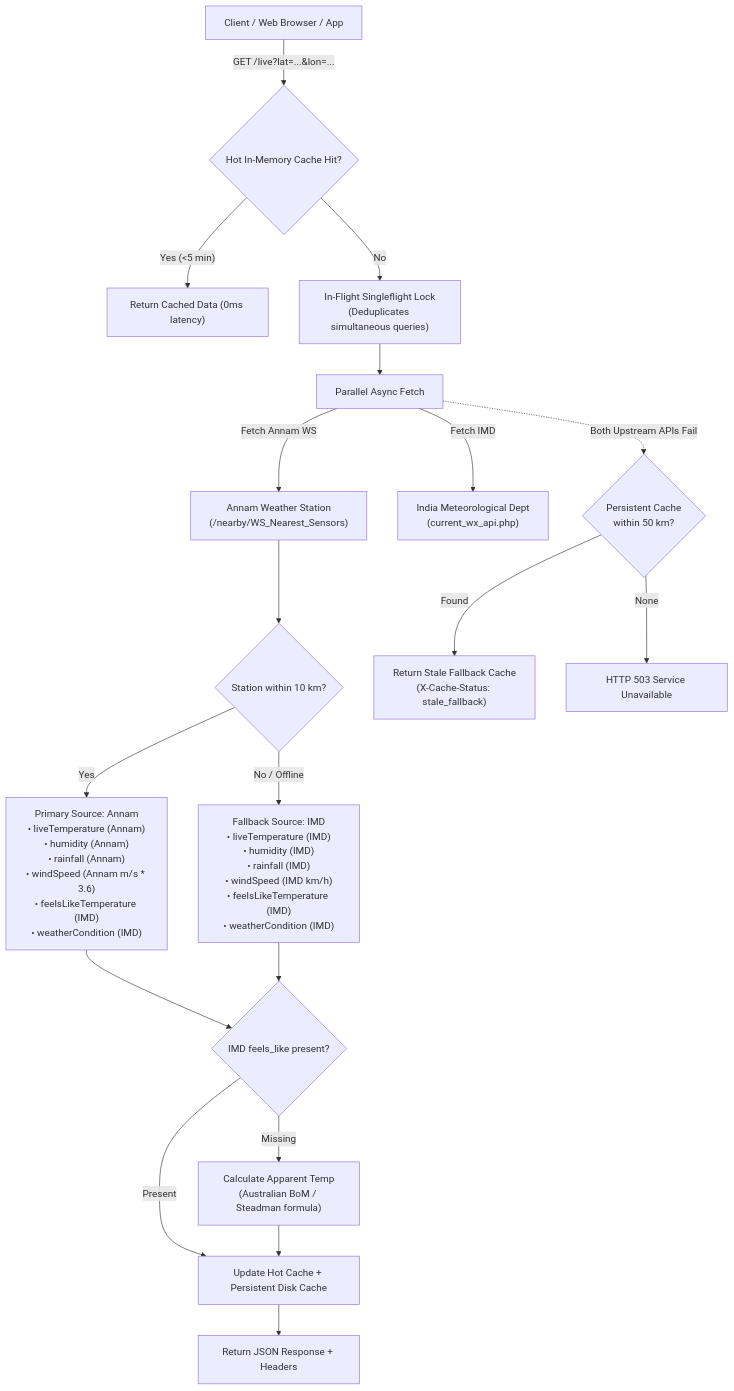
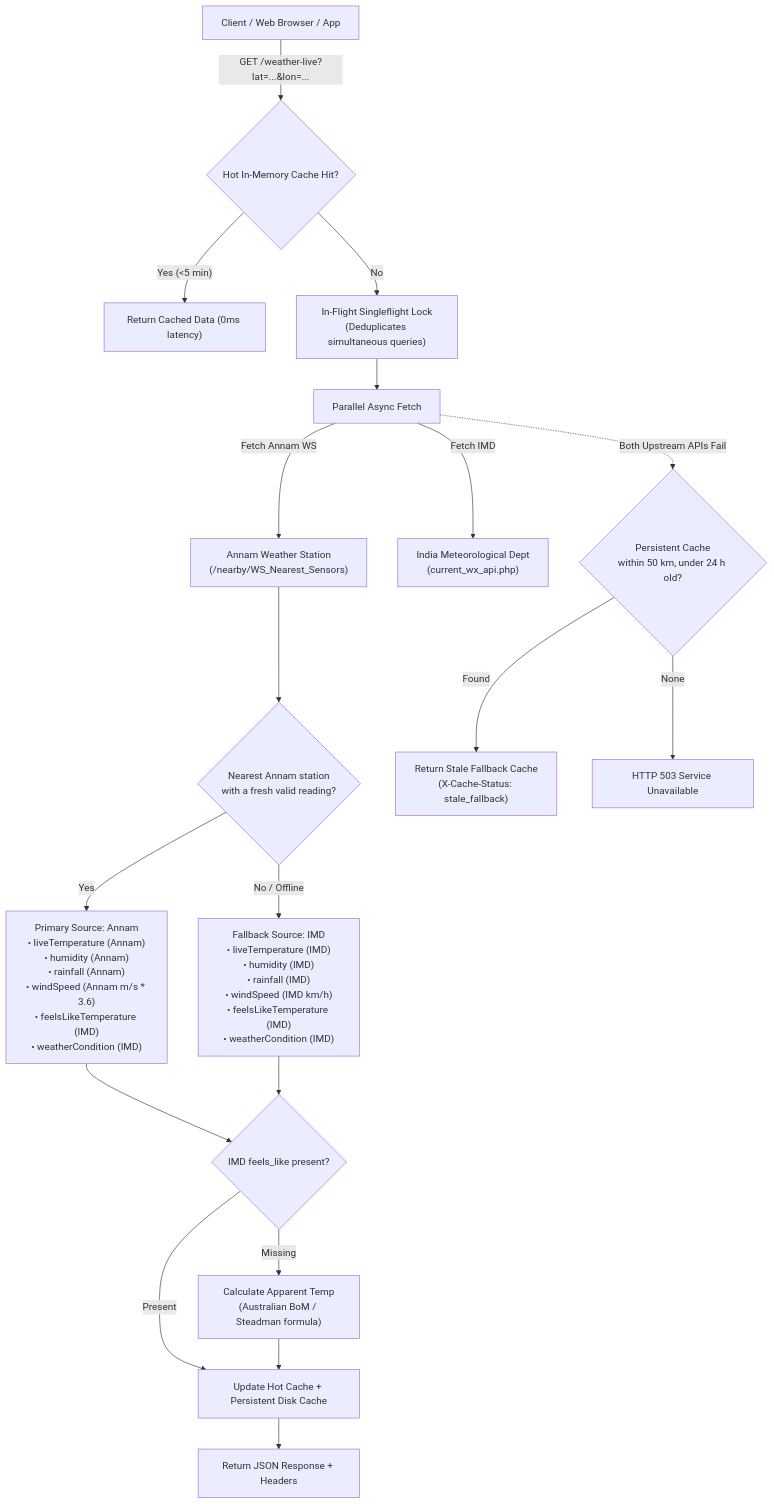
One commit to vicharanashala/ajrasakha changed the diagram in apis/weather_apis/README.md. Above: the diagram before and after it, drawn with Mermaid. The commit also changed other lines of this file and 17 other files, not shown here.

First line of the commit message:
Feat/kishar/weather live api endpoints v3 (#1590)

````diff
--- a/apis/weather_apis/README.md
+++ b/apis/weather_apis/README.md
@@ -30,29 +30,29 @@
 ```mermaid
 flowchart TD
-    Client["Client / Web Browser / App"] -->|"GET /live?lat=...&lon=..."| CacheCheck{"Hot In-Memory Cache Hit?"}
+    Client["Client / Web Browser / App"] -->|"GET /weather-live?lat=...&lon=..."| CacheCheck{"Hot In-Memory Cache Hit?"}
     
     CacheCheck -- "Yes (<5 min)" --> ReturnCache["Return Cached Data (0ms latency)"]
     CacheCheck -- "No" --> InFlightLock["In-Flight Singleflight Lock\n(Deduplicates simultaneous queries)"]
     
     InFlightLock --> ParallelFetch["Parallel Async Fetch"]
     ParallelFetch -->|"Fetch Annam WS"| AnnamAPI["Annam Weather Station\n(/nearby/WS_Nearest_Sensors)"]
     ParallelFetch -->|"Fetch IMD"| ImdAPI["India Meteorological Dept\n(current_wx_api.php)"]
     
-    AnnamAPI --> AnnamCheck{"Station within 10 km?"}
+    AnnamAPI --> AnnamCheck{"Nearest Annam station\nwith a fresh valid reading?"}
     
     AnnamCheck -- "Yes" --> CombineAnnam["Primary Source: Annam\n• liveTemperature (Annam)\n• humidity (Annam)\n• rainfall (Annam)\n• windSpeed (Annam m/s * 3.6)\n• feelsLikeTemperature (IMD)\n• weatherCondition (IMD)"]
     AnnamCheck -- "No / Offline" --> CombineIMD["Fallback Source: IMD\n• liveTemperature (IMD)\n• humidity (IMD)\n• rainfall (IMD)\n• windSpeed (IMD km/h)\n• feelsLikeTemperature (IMD)\n• weatherCondition (IMD)"]
     
     CombineAnnam --> ApparentCheck{"IMD feels_like present?"}
     CombineIMD --> ApparentCheck
     
     ApparentCheck -- "Missing" --> CalcApparent["Calculate Apparent Temp\n(Australian BoM / Steadman formula)"]
     ApparentCheck -- "Present" --> SaveCache["Update Hot Cache + Persistent Disk Cache"]
     CalcApparent --> SaveCache
     
     SaveCache --> ReturnResponse["Return JSON Response + Headers"]
     
-    ParallelFetch -. "Both Upstream APIs Fail" .-> FallbackStore{"Persistent Cache\nwithin 50 km?"}
+    ParallelFetch -. "Both Upstream APIs Fail" .-> FallbackStore{"Persistent Cache\nwithin 50 km, under 24 h old?"}
     FallbackStore -- "Found" --> StaleReturn["Return Stale Fallback Cache\n(X-Cache-Status: stale_fallback)"]
     FallbackStore -- "None" --> Error503["HTTP 503 Service Unavailable"]
 ```
````
